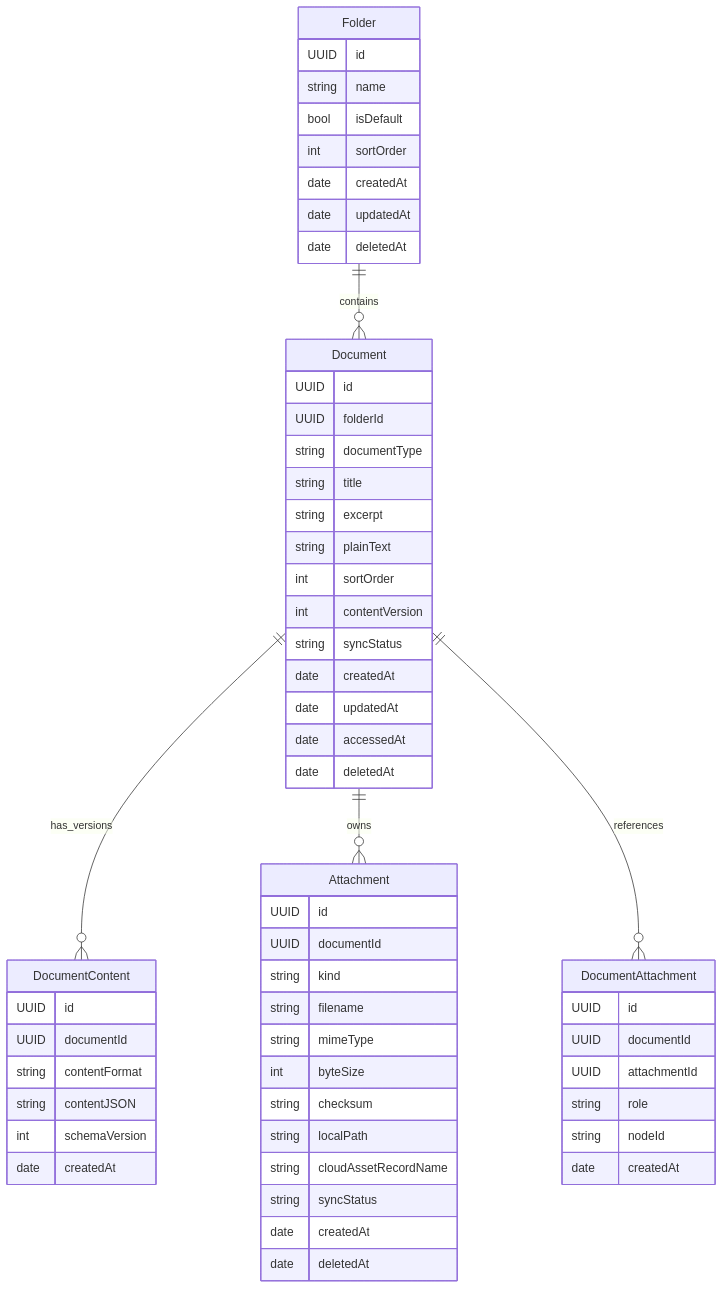
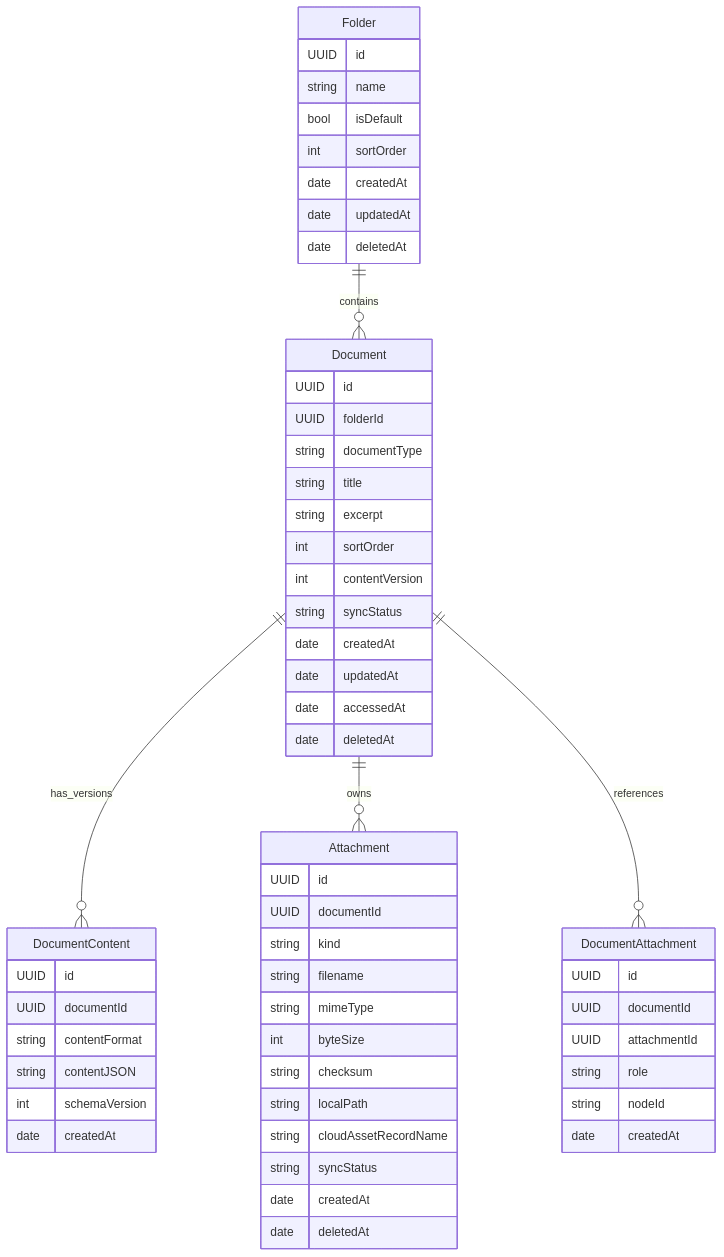
The diagram in docs/database-design.md (WeMadeCode/nsdoc), drawn with Mermaid before and after one commit. The commit also changed other lines of this file and 15 other files, not shown here.

````diff
--- a/docs/database-design.md
+++ b/docs/database-design.md
@@ -18,66 +18,65 @@
 ```mermaid
 erDiagram
     Folder ||--o{ Document : contains
     Document ||--o{ DocumentContent : has_versions
     Document ||--o{ Attachment : owns
     Document ||--o{ DocumentAttachment : references
 
     Folder {
         UUID id
         string name
         bool isDefault
         int sortOrder
         date createdAt
         date updatedAt
         date deletedAt
     }
 
     Document {
         UUID id
         UUID folderId
         string documentType
         string title
         string excerpt
-        string plainText
         int sortOrder
         int contentVersion
         string syncStatus
         date createdAt
         date updatedAt
         date accessedAt
         date deletedAt
     }
 
     DocumentContent {
         UUID id
         UUID documentId
         string contentFormat
         string contentJSON
         int schemaVersion
         date createdAt
     }
 
     Attachment {
         UUID id
         UUID documentId
         string kind
         string filename
         string mimeType
         int byteSize
         string checksum
         string localPath
         string cloudAssetRecordName
         string syncStatus
         date createdAt
         date deletedAt
     }
 
     DocumentAttachment {
         UUID id
         UUID documentId
         UUID attachmentId
         string role
         string nodeId
         date createdAt
     }
 ```
````
